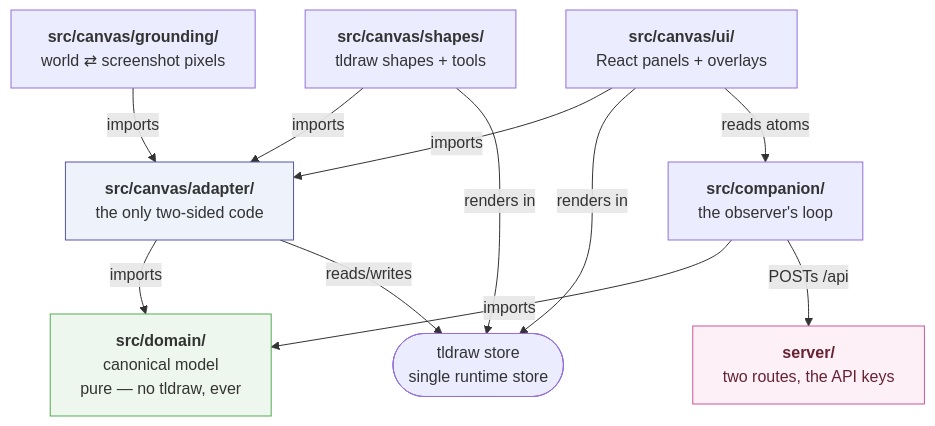
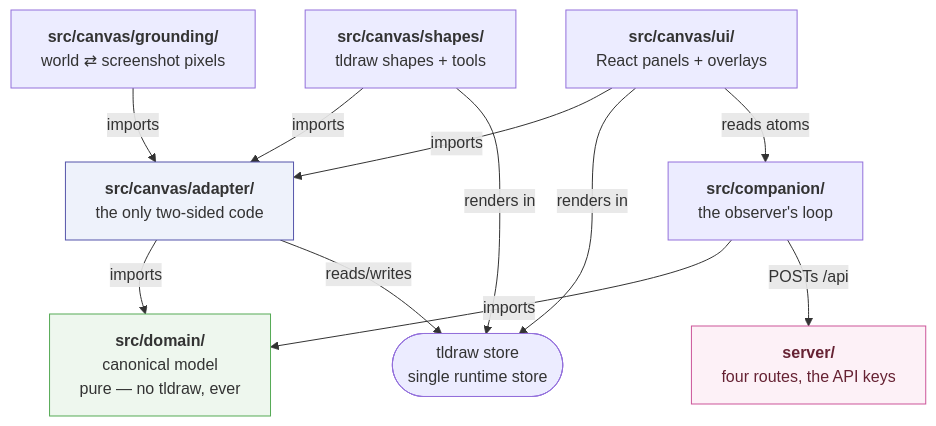
One commit to merdemkoc/llm-spatial-context changed the first of 3 diagrams in CODEMAP.md. Above: the diagram before and after it, drawn with Mermaid. The commit also changed other lines of this file and 22 other files, not shown here.

````diff
--- a/CODEMAP.md
+++ b/CODEMAP.md
@@ -40,29 +40,29 @@
 ```mermaid
 graph TD
     domain["<b>src/domain/</b><br/>canonical model<br/>pure — no tldraw, ever"]
     adapter["<b>src/canvas/adapter/</b><br/>the only two-sided code"]
     shapes["<b>src/canvas/shapes/</b><br/>tldraw shapes + tools"]
     grounding["<b>src/canvas/grounding/</b><br/>world ⇄ screenshot pixels"]
     ui["<b>src/canvas/ui/</b><br/>React panels + overlays"]
     companion["<b>src/companion/</b><br/>the observer's loop"]
-    server["<b>server/</b><br/>two routes, the API keys"]
+    server["<b>server/</b><br/>four routes, the API keys"]
     tldraw(["tldraw store<br/>single runtime store"])
 
     ui -->|imports| adapter
     shapes -->|imports| adapter
     grounding -->|imports| adapter
     companion -->|imports| domain
     companion -->|"POSTs /api"| server
     adapter -->|imports| domain
     adapter -->|reads/writes| tldraw
     shapes -->|renders in| tldraw
     ui -->|renders in| tldraw
     ui -->|reads atoms| companion
 
     classDef pure fill:#eef7ee,stroke:#5a5;
     classDef bridge fill:#eef2fb,stroke:#55a;
     classDef remote fill:#fdf1f7,stroke:#c59,color:#623;
     class domain pure;
     class adapter bridge;
     class server remote;
 ```
````
